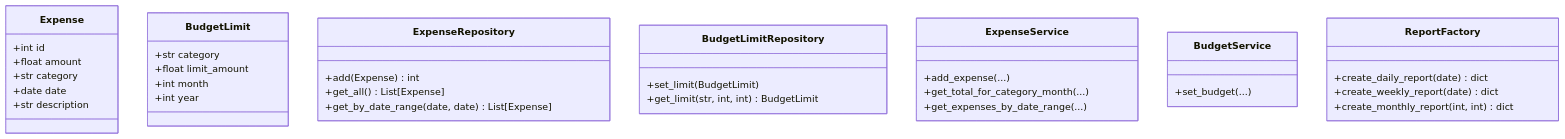
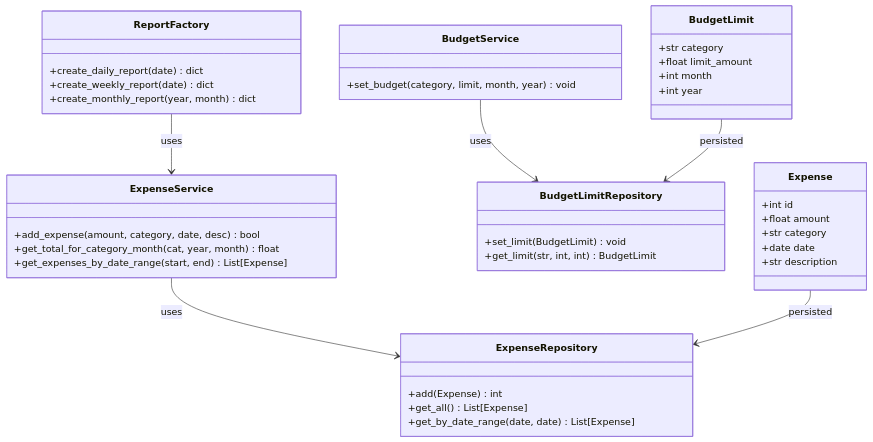
Before and after one commit to sk1zls/labaratornaya3: the diagram in README.md, drawn with Mermaid.

Commit message:
docs: improve class diagram with relationships

````diff
--- a/README.md
+++ b/README.md
@@ -27,38 +27,44 @@
 ```mermaid
 classDiagram
     class Expense {
         +int id
         +float amount
         +str category
         +date date
         +str description
     }
     class BudgetLimit {
         +str category
         +float limit_amount
         +int month
         +int year
     }
     class ExpenseRepository {
         +add(Expense) int
         +get_all() List[Expense]
         +get_by_date_range(date, date) List[Expense]
     }
     class BudgetLimitRepository {
-        +set_limit(BudgetLimit)
+        +set_limit(BudgetLimit) void
         +get_limit(str, int, int) BudgetLimit
     }
     class ExpenseService {
-        +add_expense(...)
-        +get_total_for_category_month(...)
-        +get_expenses_by_date_range(...)
+        +add_expense(amount, category, date, desc) bool
+        +get_total_for_category_month(cat, year, month) float
+        +get_expenses_by_date_range(start, end) List[Expense]
     }
     class BudgetService {
-        +set_budget(...)
+        +set_budget(category, limit, month, year) void
     }
     class ReportFactory {
         +create_daily_report(date) dict
         +create_weekly_report(date) dict
-        +create_monthly_report(int, int) dict
+        +create_monthly_report(year, month) dict
     }
+
+    ExpenseService --> ExpenseRepository : uses
+    BudgetService --> BudgetLimitRepository : uses
+    ReportFactory --> ExpenseService : uses
+    Expense --> ExpenseRepository : persisted
+    BudgetLimit --> BudgetLimitRepository : persisted
 ```
````
